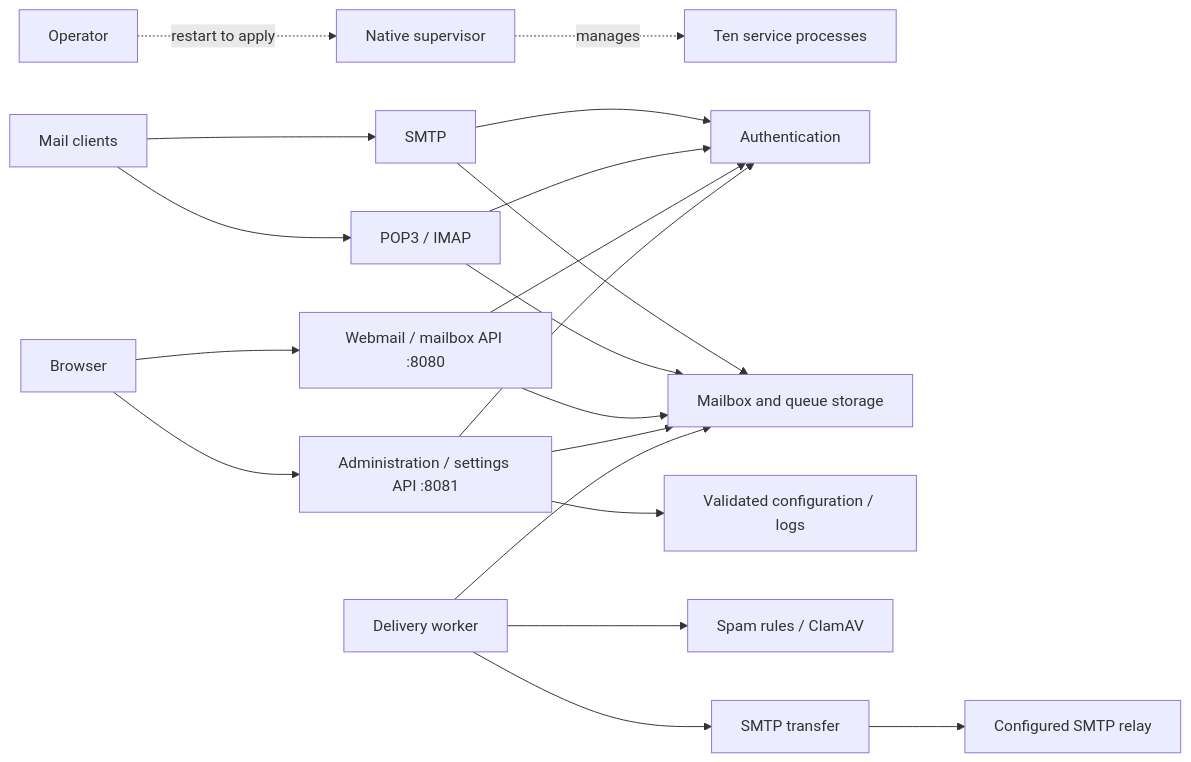
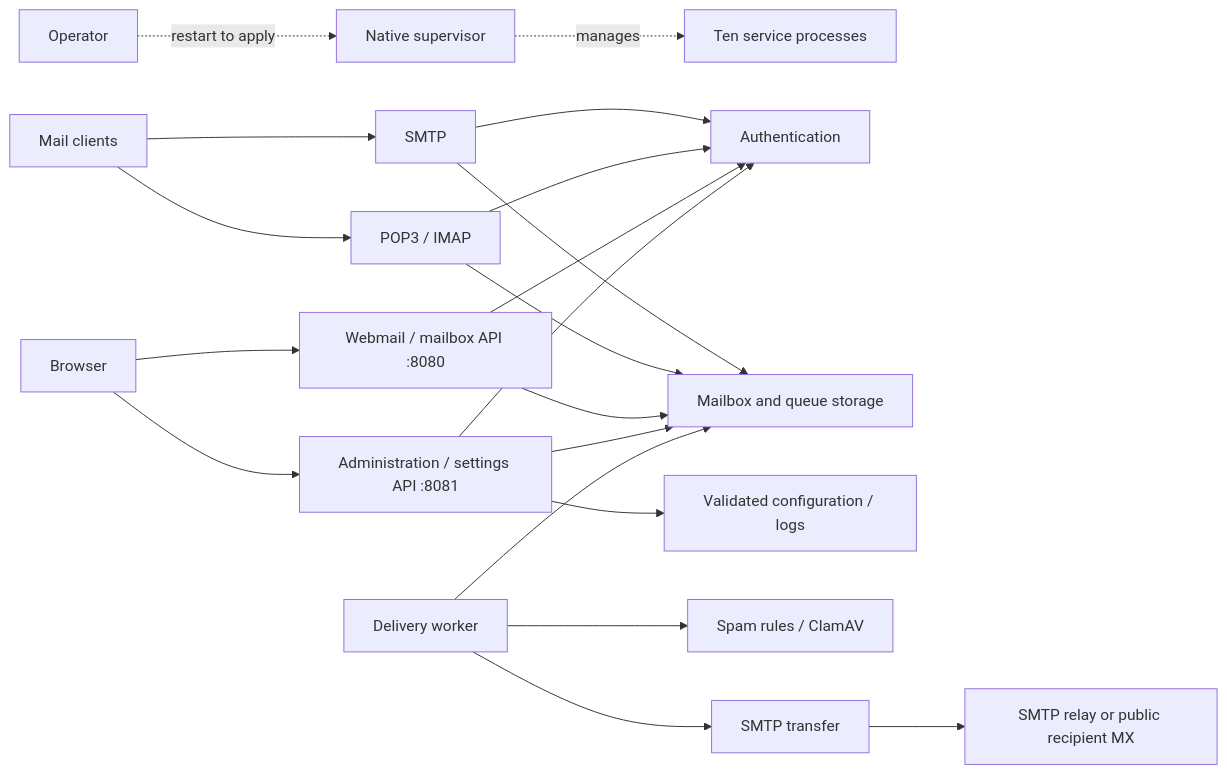
Before and after one commit to TabNahida/PostPlus: the diagram in docs/architecture.md, drawn with Mermaid. The commit also changed other lines of this file and 54 other files, not shown here.

````diff
--- a/docs/architecture.md
+++ b/docs/architecture.md
@@ -7,22 +7,22 @@
 ```mermaid
 flowchart LR
     Launcher[Native supervisor] -. manages .-> Services[Ten service processes]
     Clients[Mail clients] --> SMTP[SMTP]
     Clients --> Access[POP3 / IMAP]
     Browser[Browser] --> Web[Webmail / mailbox API :8080]
     Browser --> Admin[Administration / settings API :8081]
     SMTP --> Auth[Authentication]
     Access --> Auth
     Web --> Auth
     Admin --> Auth
     SMTP --> Storage[Mailbox and queue storage]
     Access --> Storage
     Web --> Storage
     Admin --> Storage
     Admin --> Config[Validated configuration / logs]
     Operator[Operator] -. restart to apply .-> Launcher
     Delivery[Delivery worker] --> Storage
     Delivery --> Filter[Spam rules / ClamAV]
     Delivery --> Transfer[SMTP transfer]
-    Transfer --> Relay[Configured SMTP relay]
+    Transfer --> Relay[SMTP relay or public recipient MX]
 ```
````
